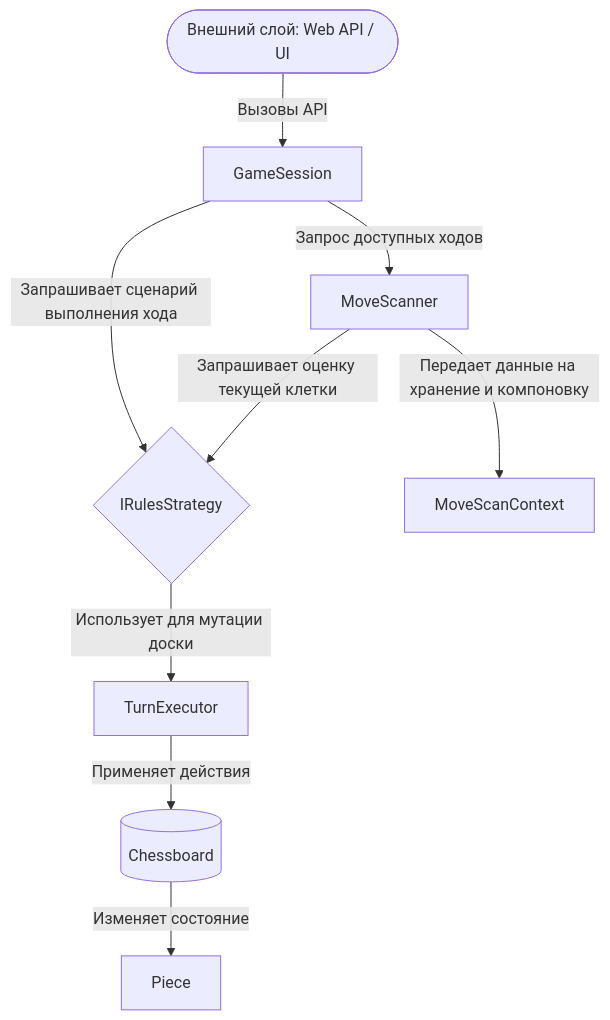
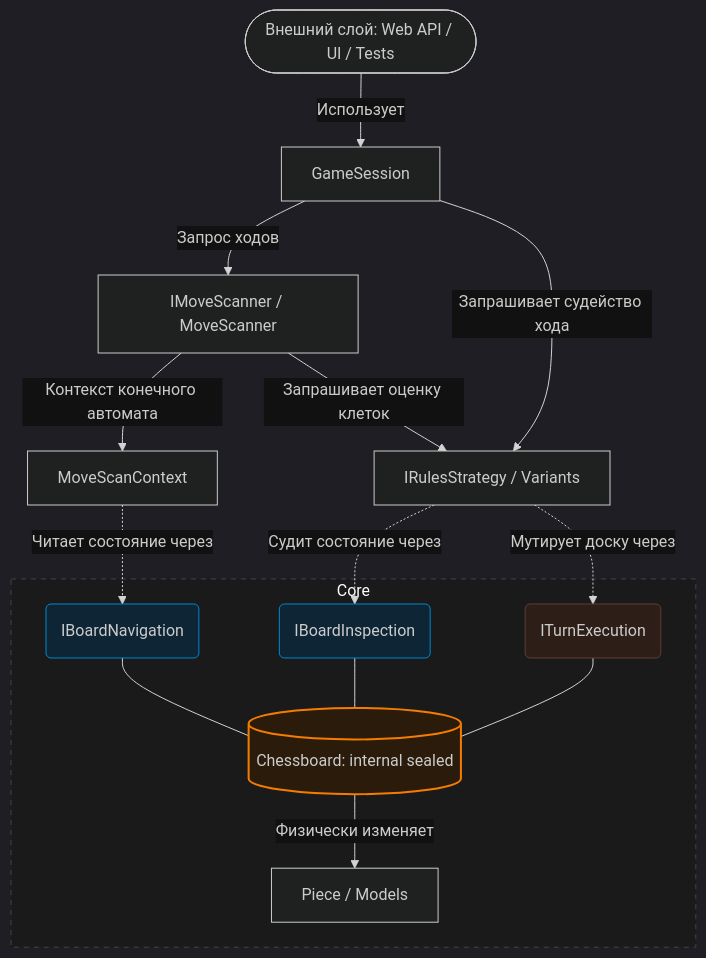
The diagram in doc/ARCHITECTURE.md (AntSi95/Checkers), drawn with Mermaid before and after one commit. The commit also changed other lines of this file and 5 other files, not shown here.

````diff
--- a/doc/ARCHITECTURE.md
+++ b/doc/ARCHITECTURE.md
@@ -11,14 +11,33 @@
 ```mermaid
+%%{init: {'theme': 'dark', 'themeVariables': { 'primaryColor': '#1f1f1f', 'edgeLabelBackground':'#111' }}}%%
 graph TD
-    User([Внешний слой: Web API / UI]) -->|Вызовы API| Session[GameSession]
+    User([Внешний слой: Web API / UI / Tests]) -->|Использует| Session[GameSession]
     
-    Session -->|Запрос доступных ходов| Scanner[MoveScanner]
-    Scanner -->|Запрашивает оценку текущей клетки| Rules{IRulesStrategy}
-    Scanner -->|Передает данные на хранение и компоновку| Context[MoveScanContext]
+    %% Блок сканирования
+    Session -->|Запрос ходов| Scanner[IMoveScanner / MoveScanner]
+    Scanner -->|Контекст конечного автомата| Context[MoveScanContext]
+    Scanner -->|Запрашивает оценку клеток| Rules[IRulesStrategy / Variants]
+    Context -.->|Читает состояние через| Navigation(IBoardNavigation)
     
-    Session -->|Запрашивает сценарий выполнения хода| Rules
+    %% Блок правил и оркестрации
+    Session -->|Запрашивает судейство хода| Rules
+    Rules -.->|Судит состояние через| Inspection(IBoardInspection)
+    Rules -.->|Мутирует доску через| Execution(ITurnExecution)
     
-    Rules -->|Использует для мутации доски| Executor[TurnExecutor]
-    Executor -->|Применяет действия| Board[(Chessboard)]
-    Board -->|Изменяет состояние| Piece[Piece]
+    %% Инкапсулированное ядро (internal)
+    subgraph Core
+        Navigation --- Board[(Chessboard: internal sealed)]
+        Inspection --- Board
+        Execution --- Board
+        Board -->|Физически изменяет| Piece[Piece / Models]
+    end
+
+    %% Новые приглушенные цвета для темной темы
+    style Core fill:#1a1a1a,stroke:#444,stroke-width:1px,stroke-dasharray: 5 5
+    style Navigation fill:#0d2535,stroke:#0288d1,stroke-width:1px
+    style Inspection fill:#0d2535,stroke:#0288d1,stroke-width:1px
+    style Execution fill:#2d1f18,stroke:#5d4037,stroke-width:1px
+    style Board fill:#2a1b0a,stroke:#f57c00,stroke-width:2px
+
+
 ```
````
